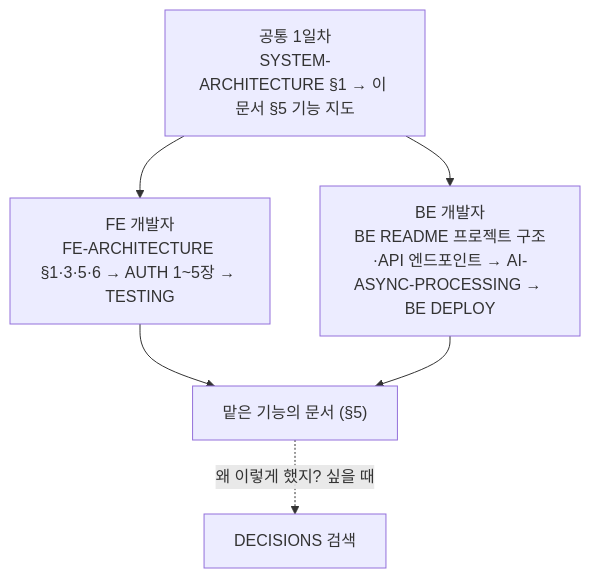
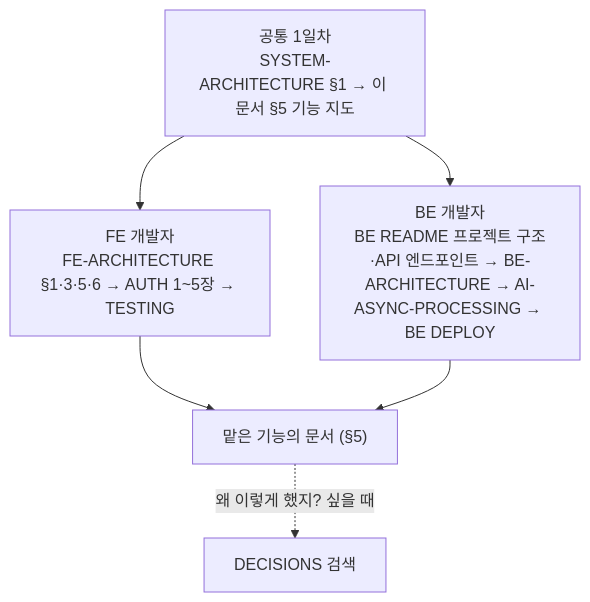
The second of 2 diagrams in docs/ONBOARDING.md (BAECHAN/link-sphere_FE_NEW), drawn with Mermaid before and after one commit. The commit also changed other lines of this file and 2 other files, not shown here.

First line of the commit message:
docs(arch): BE 패턴 정본 문서(BE-ARCHITECTURE.md)를 온보딩·시스템 아키텍처에 연결 (#412)

````diff
--- a/docs/ONBOARDING.md
+++ b/docs/ONBOARDING.md
@@ -109,9 +109,9 @@
 ```mermaid
 flowchart TD
   C["공통 1일차<br/>SYSTEM-ARCHITECTURE §1 → 이 문서 §5 기능 지도"]
   C --> F["FE 개발자<br/>FE-ARCHITECTURE §1·3·5·6 → AUTH 1~5장 → TESTING"]
-  C --> B["BE 개발자<br/>BE README 프로젝트 구조·API 엔드포인트 → AI-ASYNC-PROCESSING → BE DEPLOY"]
+  C --> B["BE 개발자<br/>BE README 프로젝트 구조·API 엔드포인트 → BE-ARCHITECTURE → AI-ASYNC-PROCESSING → BE DEPLOY"]
   F --> M["맡은 기능의 문서 (§5)"]
   B --> M
   M -.->|"왜 이렇게 했지? 싶을 때"| D["DECISIONS 검색"]
 ```
````
